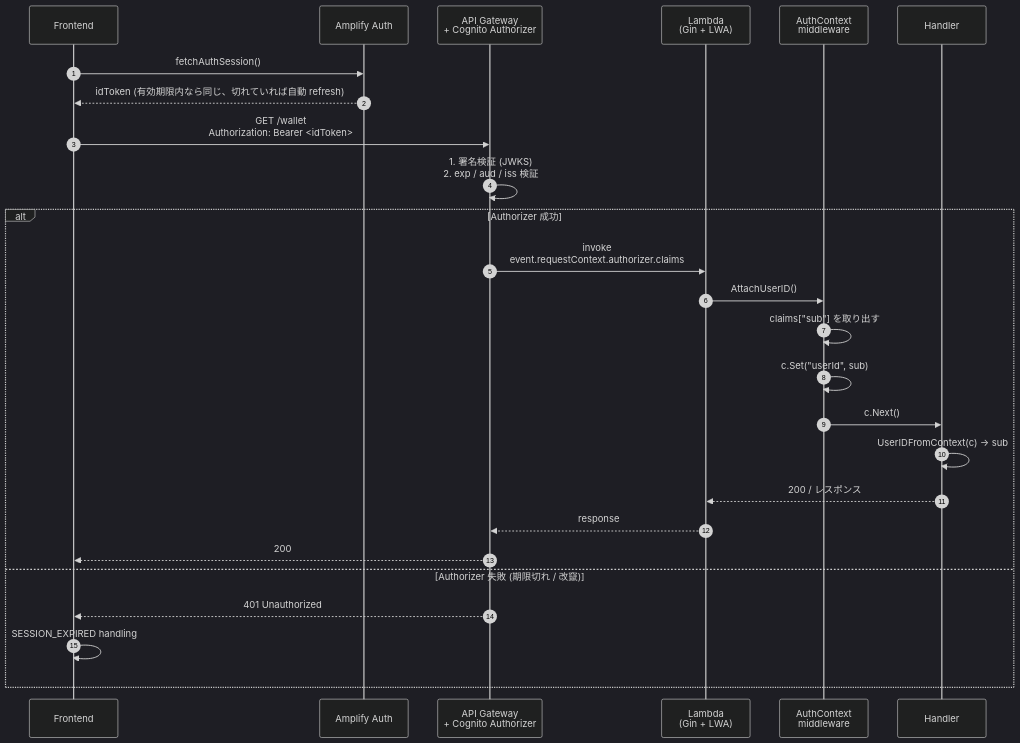
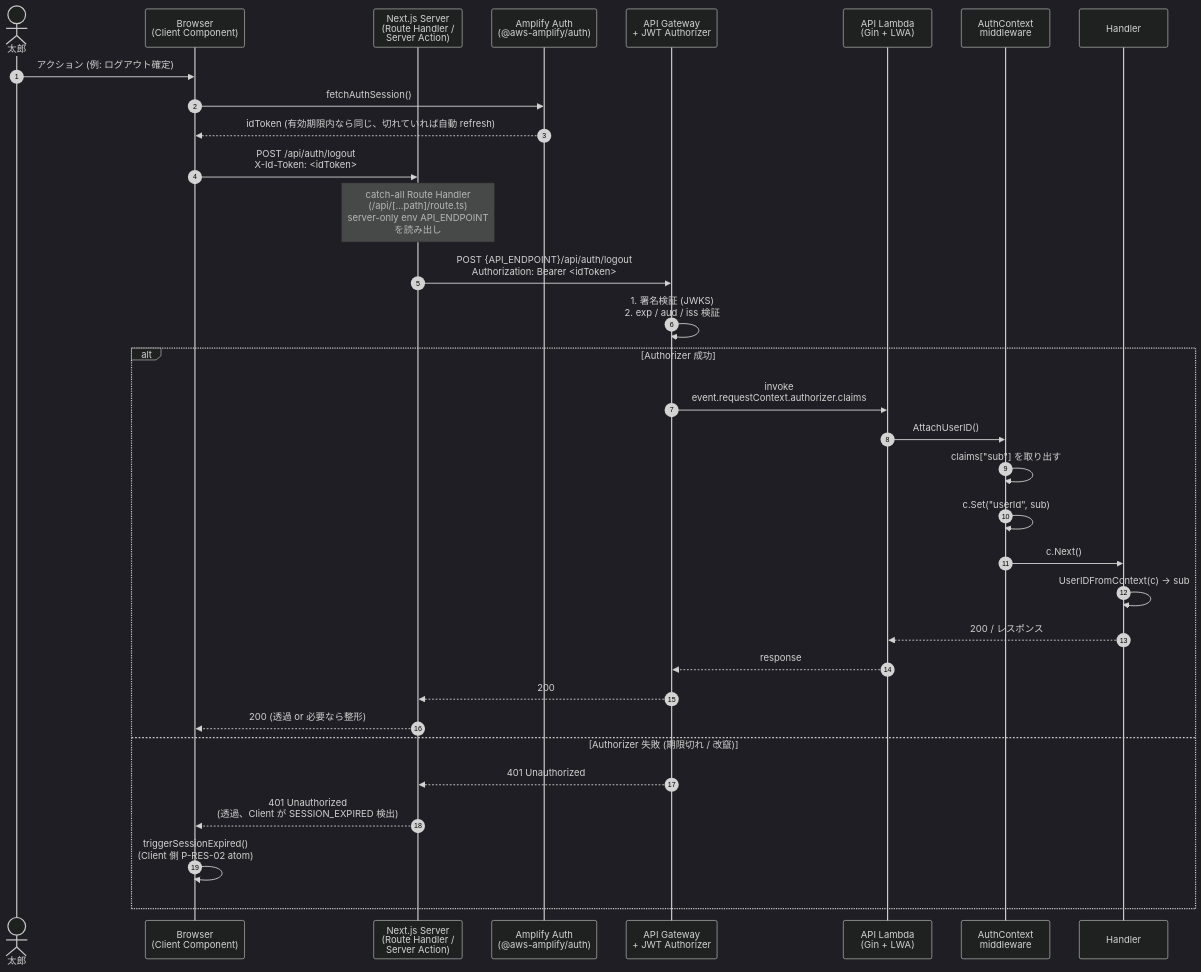
One commit to ryotinjpn/goro2pay changed the third of 6 diagrams in aidlc-docs/construction/auth/functional-design/business-logic-model.md. Above: the diagram before and after it, drawn with Mermaid (dark theme). The commit also changed other lines of this file and 2 other files, not shown here.

````diff
--- a/aidlc-docs/construction/auth/functional-design/business-logic-model.md
+++ b/aidlc-docs/construction/auth/functional-design/business-logic-model.md
@@ -209,30 +220,39 @@
 ```mermaid
 sequenceDiagram
     autonumber
-    participant UI as Frontend
-    participant Auth as Amplify Auth
-    participant APIGW as API Gateway<br/>+ Cognito Authorizer
-    participant LMD as Lambda<br/>(Gin + LWA)
+    actor User as 太郎
+    participant Browser as Browser<br/>(Client Component)
+    participant NextSrv as Next.js Server<br/>(Route Handler /<br/> Server Action)
+    participant Auth as Amplify Auth<br/>(@aws-amplify/auth)
+    participant APIGW as API Gateway<br/>+ JWT Authorizer
+    participant LMD as API Lambda<br/>(Gin + LWA)
     participant MW as AuthContext<br/>middleware
     participant H as Handler
 
-    UI->>Auth: fetchAuthSession()
-    Auth-->>UI: idToken (有効期限内なら同じ、切れていれば自動 refresh)
+    User->>Browser: アクション (例: ログアウト確定)
+    Browser->>Auth: fetchAuthSession()
+    Auth-->>Browser: idToken (有効期限内なら同じ、切れていれば自動 refresh)
 
-    UI->>APIGW: GET /wallet<br/>Authorization: Bearer <idToken>
+    Browser->>NextSrv: POST /api/auth/logout<br/>X-Id-Token: <idToken>
+    Note over NextSrv: catch-all Route Handler<br/>(/api/[...path]/route.ts)<br/>server-only env API_ENDPOINT<br/>を読み出し
+
+    NextSrv->>APIGW: POST {API_ENDPOINT}/api/auth/logout<br/>Authorization: Bearer <idToken>
     APIGW->>APIGW: 1. 署名検証 (JWKS)<br/>2. exp / aud / iss 検証
+
     alt Authorizer 成功
         APIGW->>LMD: invoke<br/>event.requestContext.authorizer.claims
         LMD->>MW: AttachUserID()
         MW->>MW: claims["sub"] を取り出す
         MW->>MW: c.Set("userId", sub)
         MW->>H: c.Next()
         H->>H: UserIDFromContext(c) → sub
         H-->>LMD: 200 / レスポンス
         LMD-->>APIGW: response
-        APIGW-->>UI: 200
+        APIGW-->>NextSrv: 200
+        NextSrv-->>Browser: 200 (透過 or 必要なら整形)
     else Authorizer 失敗 (期限切れ / 改竄)
-        APIGW-->>UI: 401 Unauthorized
-        UI->>UI: SESSION_EXPIRED handling
+        APIGW-->>NextSrv: 401 Unauthorized
+        NextSrv-->>Browser: 401 Unauthorized<br/>(透過、Client が SESSION_EXPIRED 検出)
+        Browser->>Browser: triggerSessionExpired()<br/>(Client 側 P-RES-02 atom)
     end
 ```
````
